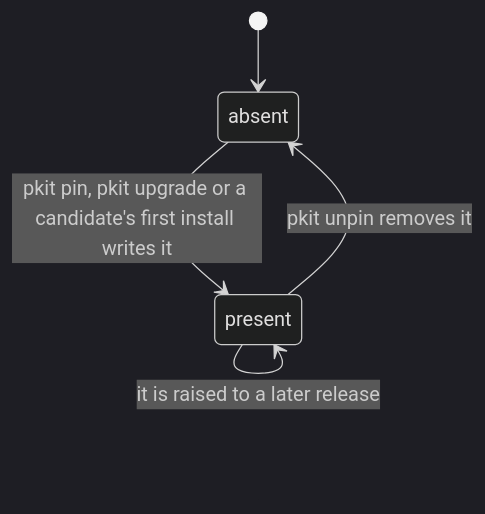
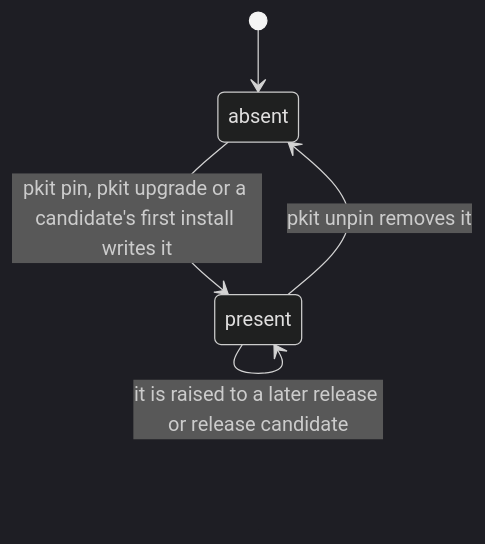
One commit to aleskalfas/project-kit changed the third of 3 diagrams in tech-docs/analysis/core/domain-model/050-a-projects-own-files.md. Above: the diagram before and after it, drawn with Mermaid (dark theme). The commit also changed 1 other file, not shown here.

Commit message:
docs(analysis): UC-051 4e lists the ways in and the ways on, and view 050 raises a pin to a release candidate too

````diff
--- a/tech-docs/analysis/core/domain-model/050-a-projects-own-files.md
+++ b/tech-docs/analysis/core/domain-model/050-a-projects-own-files.md
@@ -268,9 +268,9 @@
 ```mermaid
 stateDiagram-v2
   accTitle: The states of a version pin
-  accDescr: A project has no pin until pkit pin or pkit upgrade writes one, or a first install run by a release candidate does. A pin may be raised to a later release, and pkit unpin removes it.
+  accDescr: A project has no pin until pkit pin or pkit upgrade writes one, or a first install run by a release candidate does. A pin may be raised to a later release or release candidate, and pkit unpin removes it.
   [*] --> absent
   absent --> present : pkit pin, pkit upgrade or a candidate's first install writes it
-  present --> present : it is raised to a later release
+  present --> present : it is raised to a later release or release candidate
   present --> absent : pkit unpin removes it
 ```
````
